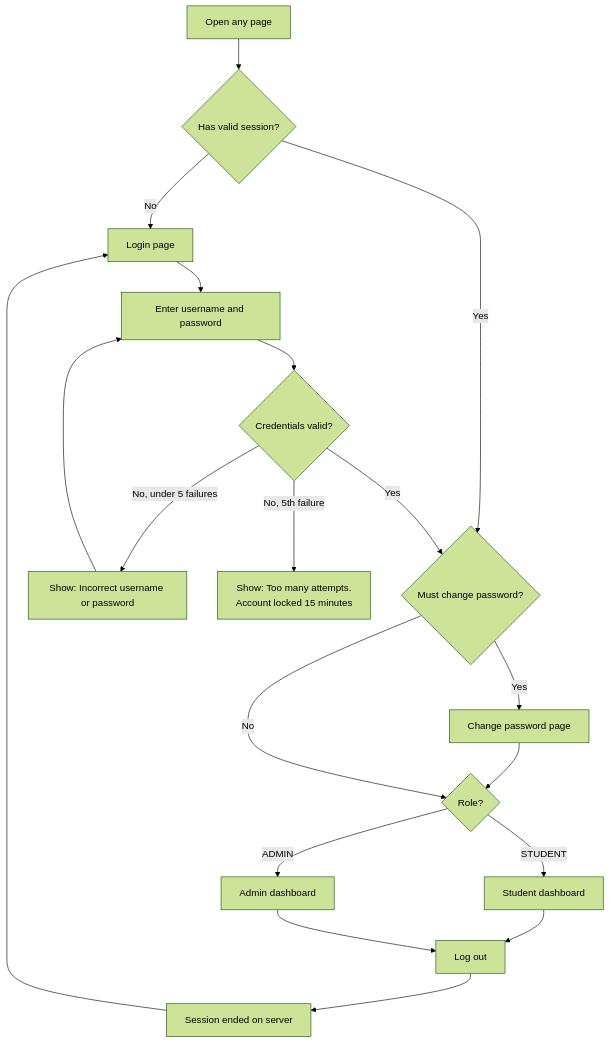
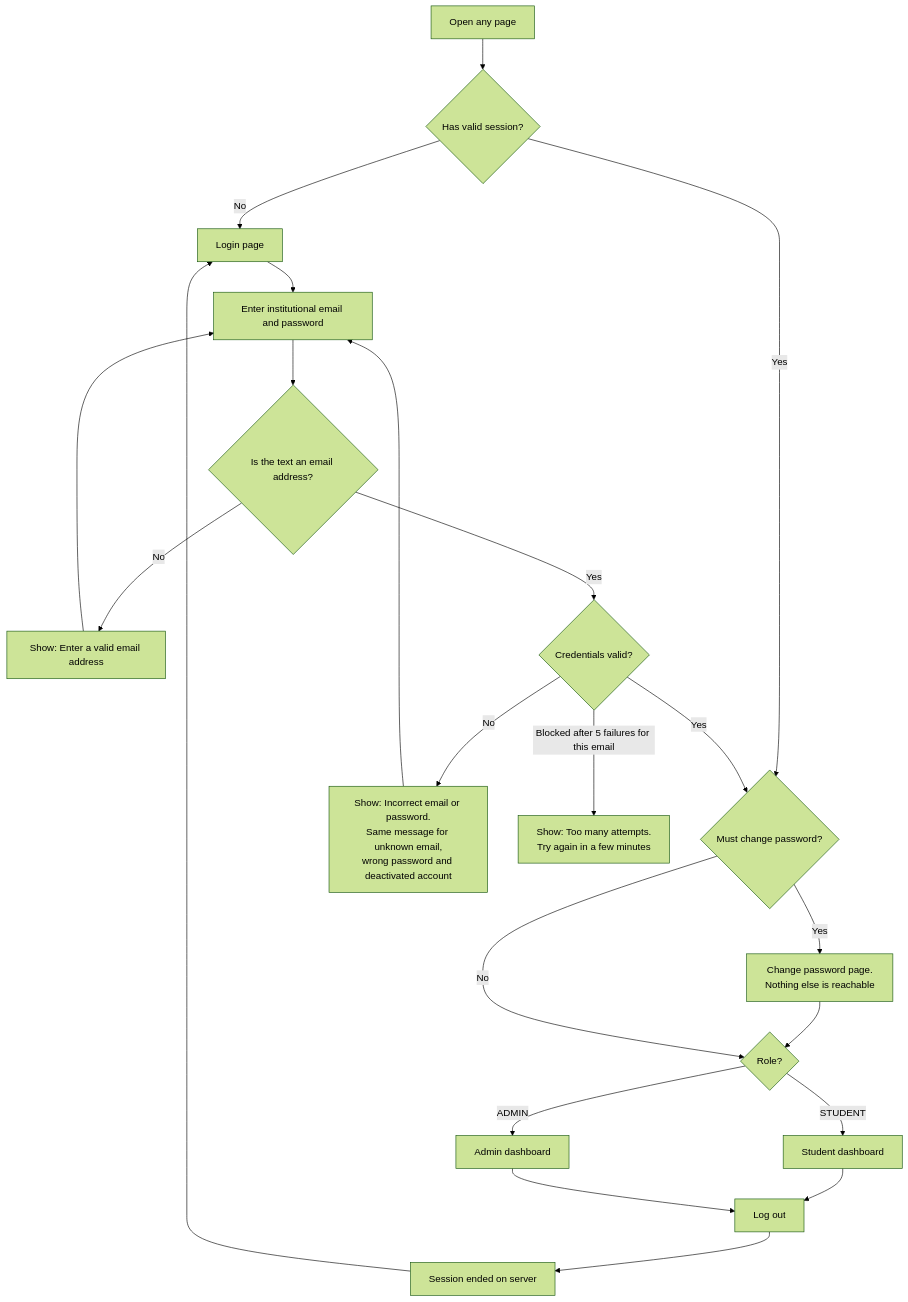
One commit to Laxmansirvi05/student-management-system changed the first of 9 diagrams in docs/06-app-flow.md. Above: the diagram before and after it, drawn with Mermaid (forest theme). The commit also changed other lines of this file and 32 other files, not shown here.

````diff
--- a/docs/06-app-flow.md
+++ b/docs/06-app-flow.md
@@ -49,21 +49,24 @@
 ```mermaid
 flowchart TD
     A["Open any page"] --> B{"Has valid session?"}
     B -- No --> C["Login page"]
     B -- Yes --> H
-    C --> D["Enter username and password"]
-    D --> E{"Credentials valid?"}
-    E -- "No, under 5 failures" --> F["Show: Incorrect username or password"]
+    C --> D["Enter institutional email and password"]
+    D --> V{"Is the text an email address?"}
+    V -- No --> V1["Show: Enter a valid email address"]
+    V1 --> D
+    V -- Yes --> E{"Credentials valid?"}
+    E -- No --> F["Show: Incorrect email or password.<br/>Same message for unknown email,<br/>wrong password and deactivated account"]
     F --> D
-    E -- "No, 5th failure" --> G["Show: Too many attempts.<br/>Account locked 15 minutes"]
+    E -- "Blocked after 5 failures for this email" --> G["Show: Too many attempts.<br/>Try again in a few minutes"]
     E -- Yes --> H{"Must change password?"}
-    H -- Yes --> I["Change password page"]
+    H -- Yes --> I["Change password page.<br/>Nothing else is reachable"]
     I --> J
     H -- No --> J{"Role?"}
     J -- STUDENT --> K["Student dashboard"]
     J -- ADMIN --> L["Admin dashboard"]
     K --> M["Log out"]
     L --> M
     M --> N["Session ended on server"]
     N --> C
 ```
````
